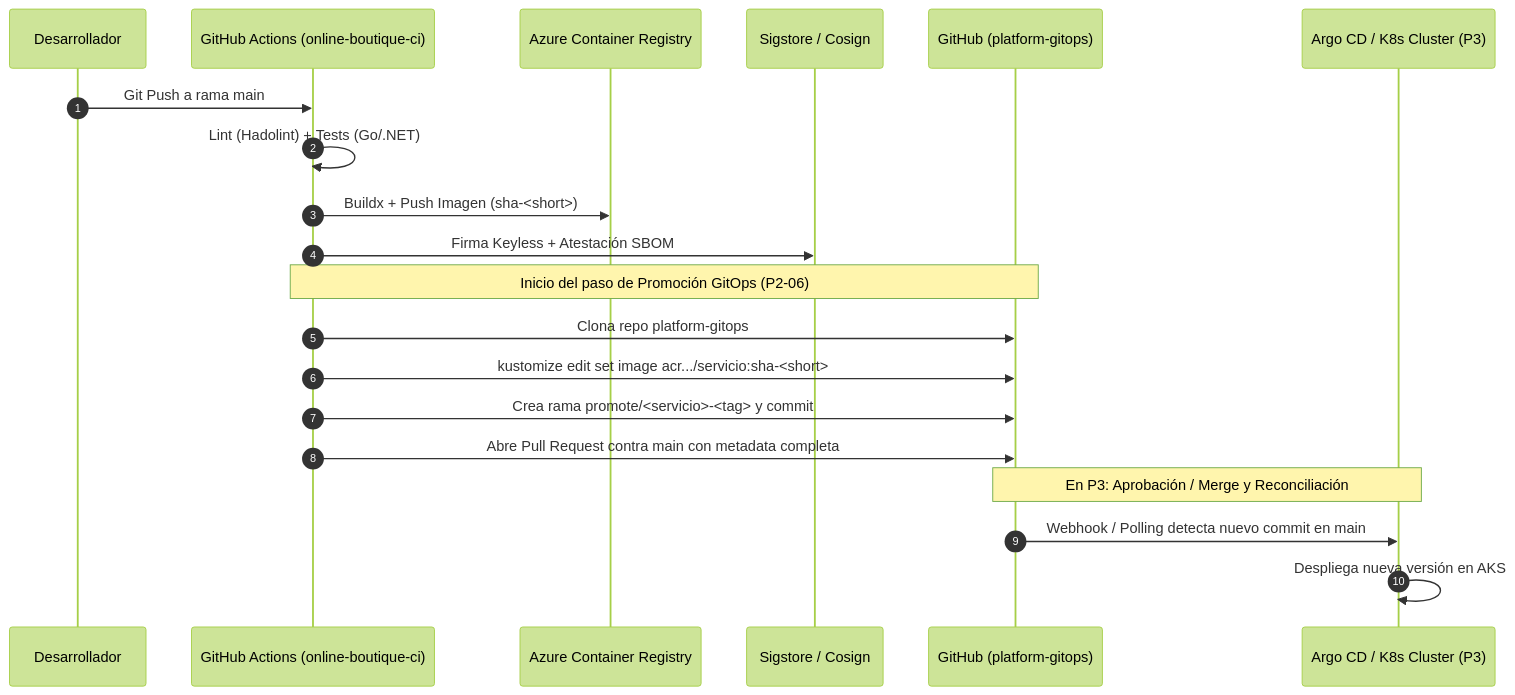
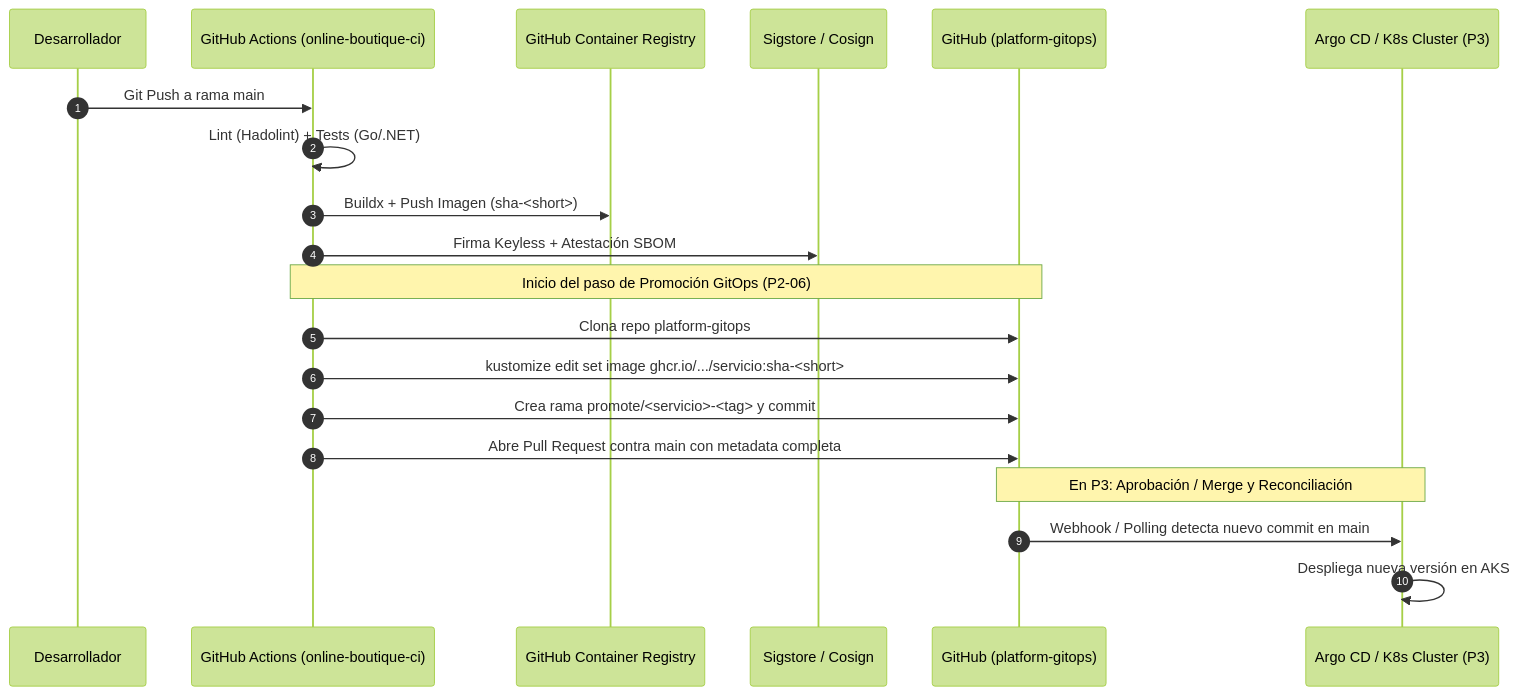
One commit to miguelortiz13/online-boutique-ci changed the diagram in docs/gitops-promotion.md. Above: the diagram before and after it, drawn with Mermaid (forest theme). The commit also changed other lines of this file and 3 other files, not shown here.

First line of the commit message:
feat(ci): publicar imágenes en GHCR en lugar de ACR (#9)

````diff
--- a/docs/gitops-promotion.md
+++ b/docs/gitops-promotion.md
@@ -20,23 +20,23 @@
 ```mermaid
 sequenceDiagram
     autonumber
     participant Dev as Desarrollador
     participant CI as GitHub Actions (online-boutique-ci)
-    participant ACR as Azure Container Registry
+    participant GHCR as GitHub Container Registry
     participant Sig as Sigstore / Cosign
     participant GitOps as GitHub (platform-gitops)
     participant Argo as Argo CD / K8s Cluster (P3)
 
     Dev->>CI: Git Push a rama main
     CI->>CI: Lint (Hadolint) + Tests (Go/.NET)
-    CI->>ACR: Buildx + Push Imagen (sha-<short>)
+    CI->>GHCR: Buildx + Push Imagen (sha-<short>)
     CI->>Sig: Firma Keyless + Atestación SBOM
     Note over CI,GitOps: Inicio del paso de Promoción GitOps (P2-06)
     CI->>GitOps: Clona repo platform-gitops
-    CI->>GitOps: kustomize edit set image acr.../servicio:sha-<short>
+    CI->>GitOps: kustomize edit set image ghcr.io/.../servicio:sha-<short>
     CI->>GitOps: Crea rama promote/<servicio>-<tag> y commit
     CI->>GitOps: Abre Pull Request contra main con metadata completa
     Note over GitOps,Argo: En P3: Aprobación / Merge y Reconciliación
     GitOps->>Argo: Webhook / Polling detecta nuevo commit en main
     Argo->>Argo: Despliega nueva versión en AKS
 ```
````
